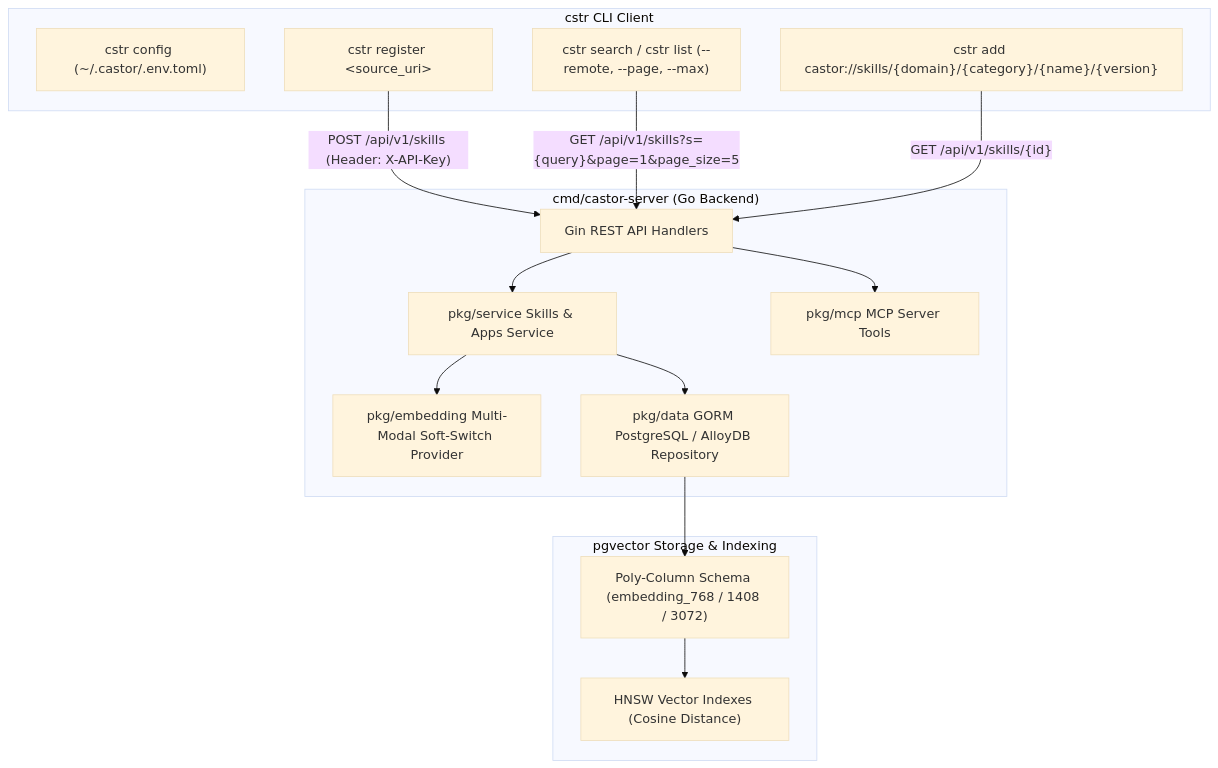
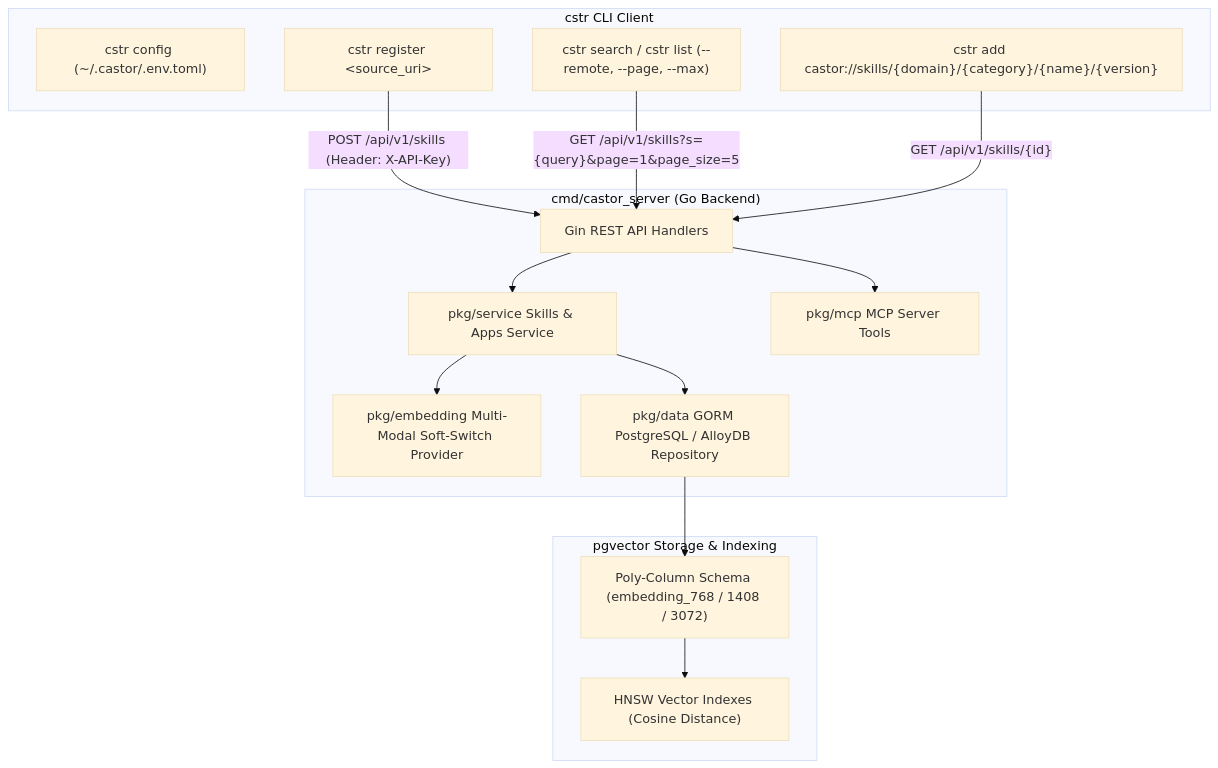
The first of 2 diagrams in docs/content/architecture.md (retail-cortex/skills), drawn with Mermaid (base theme) before and after one commit. The commit also changed other lines of this file and 106 other files, not shown here.

````diff
--- a/docs/content/architecture.md
+++ b/docs/content/architecture.md
@@ -16,32 +16,32 @@
 ```mermaid
 graph TD
     subgraph CLIClient ["cstr CLI Client"]
         CLI1["cstr config (~/.castor/.env.toml)"]
         CLI2["cstr register &lt;source_uri&gt;"]
         CLI3["cstr search / cstr list (--remote, --page, --max)"]
         CLI4["cstr add castor://skills/{domain}/{category}/{name}/{version}"]
     end
 
-    subgraph ServiceBackend ["cmd/castor-server (Go Backend)"]
+    subgraph ServiceBackend ["cmd/castor_server (Go Backend)"]
         S1["Gin REST API Handlers"]
         S2["pkg/service Skills & Apps Service"]
         S3["pkg/embedding Multi-Modal Soft-Switch Provider"]
         S4["pkg/data GORM PostgreSQL / AlloyDB Repository"]
         S5["pkg/mcp MCP Server Tools"]
     end
 
     subgraph DatabaseStorage ["pgvector Storage & Indexing"]
         DB1["Poly-Column Schema (embedding_768 / 1408 / 3072)"]
         DB2["HNSW Vector Indexes (Cosine Distance)"]
     end
 
     CLI2 -- "POST /api/v1/skills (Header: X-API-Key)" --> S1
     CLI3 -- "GET /api/v1/skills?s={query}&page=1&page_size=5" --> S1
     CLI4 -- "GET /api/v1/skills/{id}" --> S1
     S1 --> S2
     S2 --> S3
     S2 --> S4
     S4 --> DB1
     DB1 --> DB2
     S1 --> S5
 ```
````
